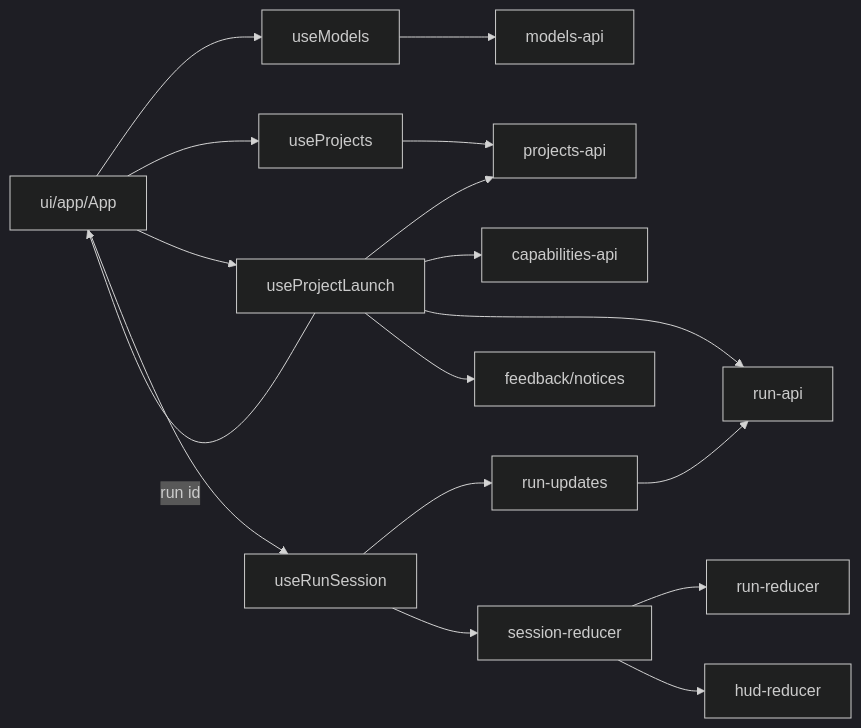
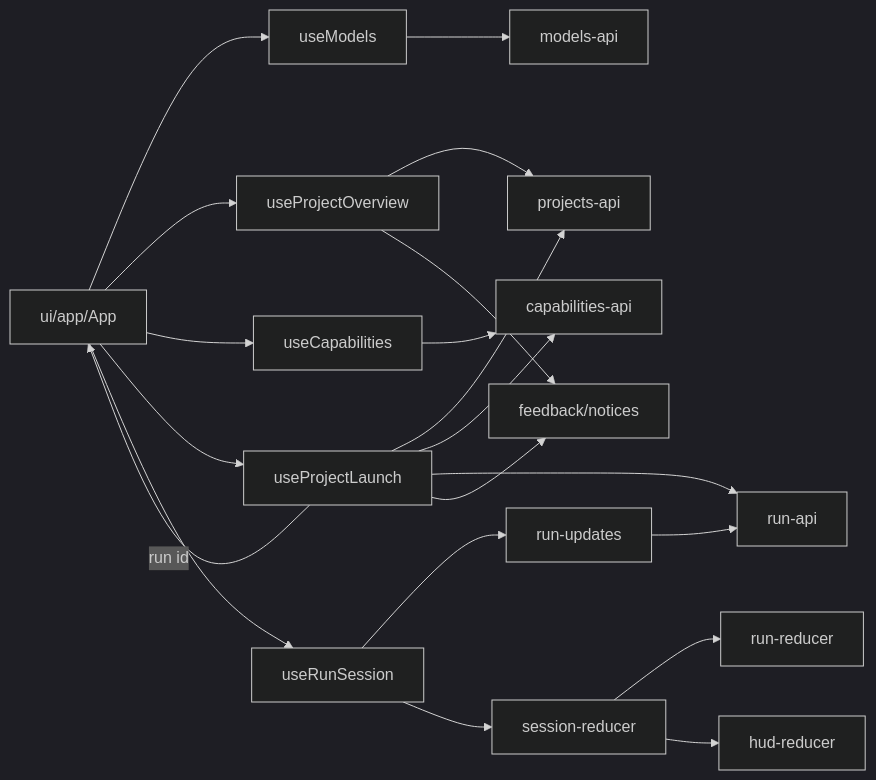
The diagram in desktop/renderer/src/ARCHITECTURE.md (Tachion-Oy/robozium), drawn with Mermaid (dark theme) before and after one commit. The commit also changed other lines of this file and 35 other files, not shown here.

````diff
--- a/desktop/renderer/src/ARCHITECTURE.md
+++ b/desktop/renderer/src/ARCHITECTURE.md
@@ -42,17 +44,20 @@
 ```mermaid
 flowchart LR
   App["ui/app/App"] --> Models["useModels"]
-  App --> Projects["useProjects"]
+  App --> Overview["useProjectOverview"]
+  App --> Capabilities["useCapabilities"]
   App --> Launch["useProjectLaunch"]
   App --> Session["useRunSession"]
   Launch -- "run id" --> App
   Launch --> ProjectsApi["projects-api"]
   Launch --> CapabilitiesApi["capabilities-api"]
   Launch --> RunApi["run-api"]
   Launch --> Notices["feedback/notices"]
   Session --> Updates["run-updates"] --> RunApi
   Session --> Reducer["session-reducer"] --> RunReducer["run-reducer"]
   Reducer --> HudReducer["hud-reducer"]
-  Projects --> ProjectsApi
+  Overview --> ProjectsApi
+  Overview --> Notices
+  Capabilities --> CapabilitiesApi
   Models --> ModelsApi["models-api"]
 ```
````
